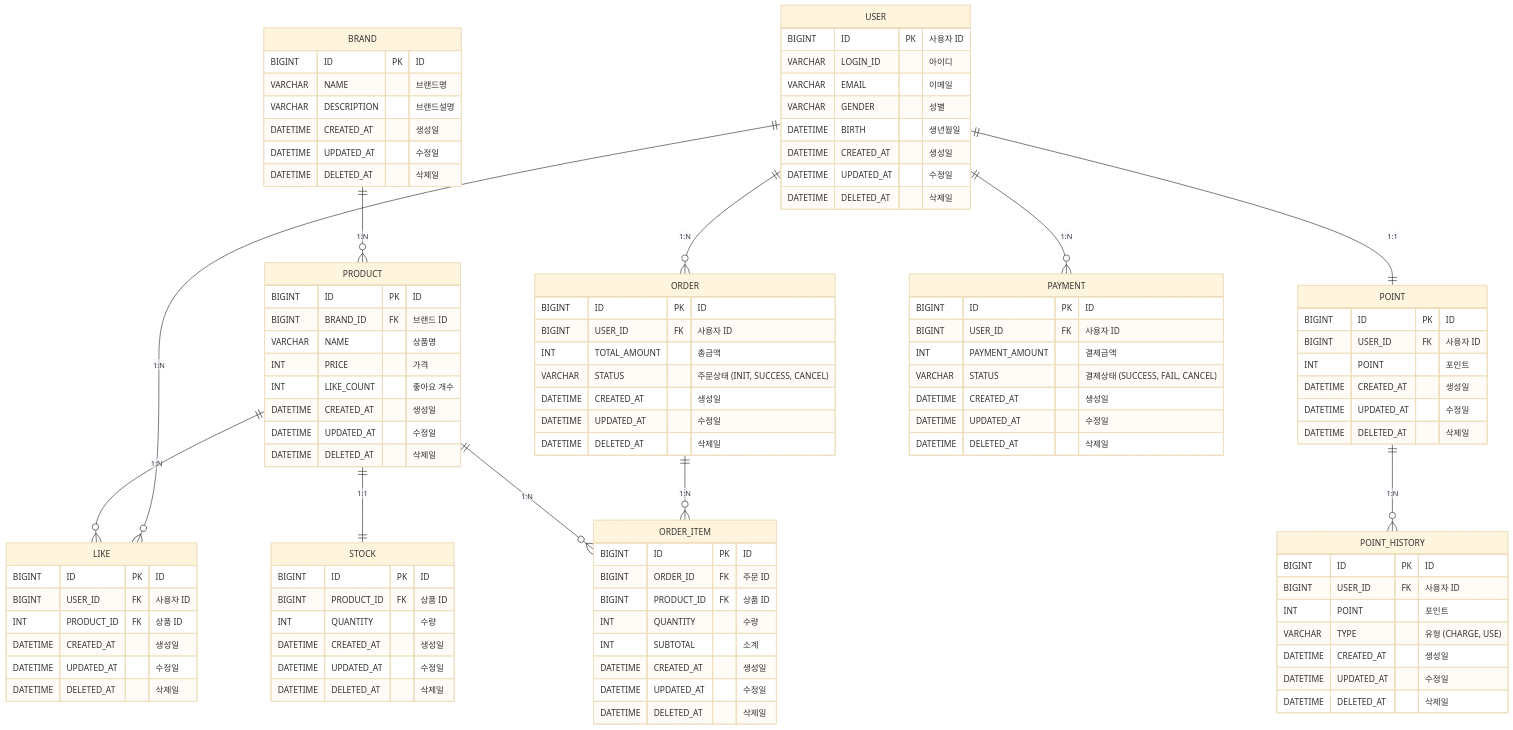
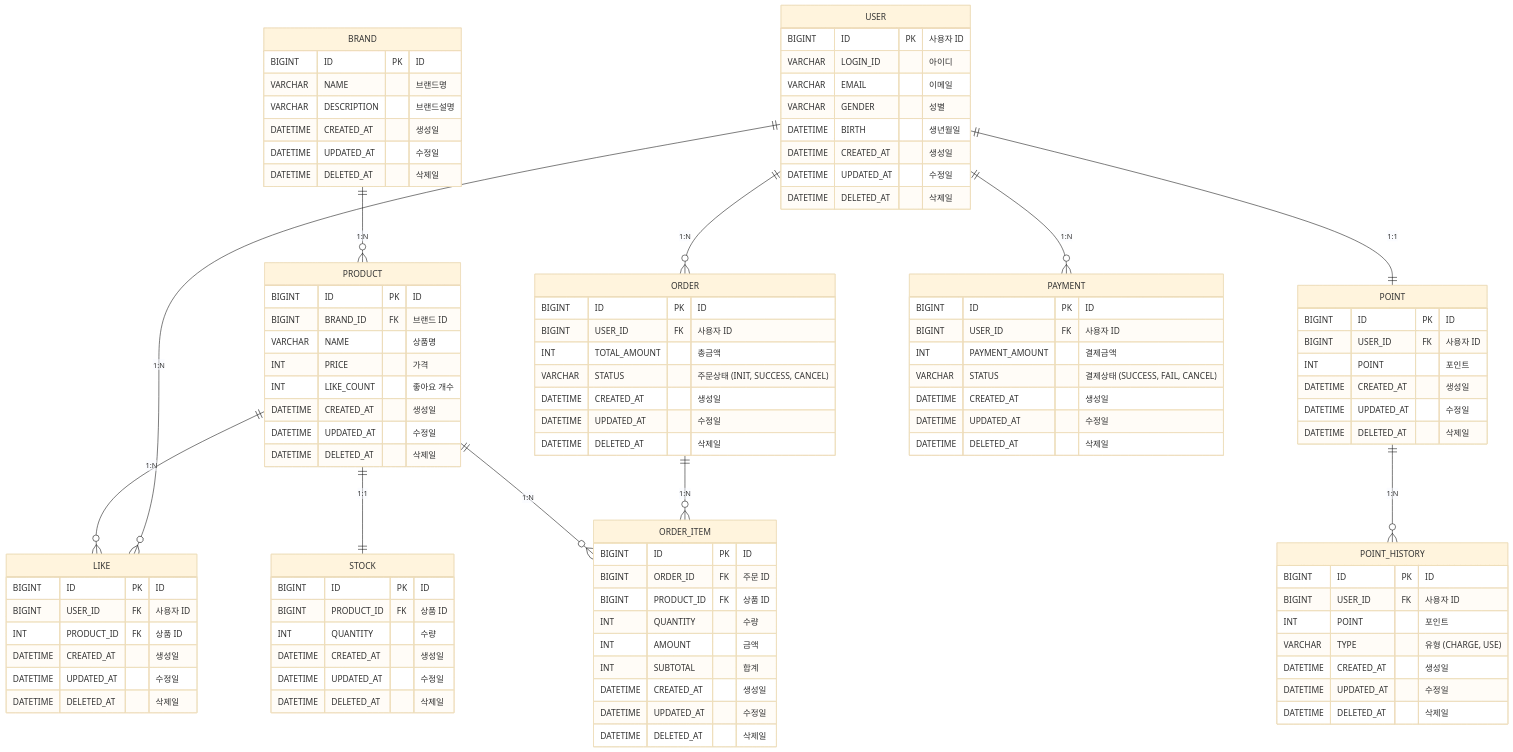
One commit to hyunn12/e-commerce-project changed the diagram in docs/design/04-erd.md. Above: the diagram before and after it, drawn with Mermaid (base theme). The commit also changed 9 other files, not shown here.

```diff
--- a/docs/design/04-erd.md
+++ b/docs/design/04-erd.md
@@ -97,8 +97,9 @@
         BIGINT ID PK "ID"
         BIGINT ORDER_ID FK "주문 ID"
         BIGINT PRODUCT_ID FK "상품 ID"  
-        INT QUANTITY "수량"  
-        INT SUBTOTAL "소계"  
+        INT QUANTITY "수량"
+        INT AMOUNT "금액"
+        INT SUBTOTAL "합계"  
         DATETIME CREATED_AT "생성일"  
         DATETIME UPDATED_AT "수정일"  
         DATETIME DELETED_AT "삭제일"  
```
